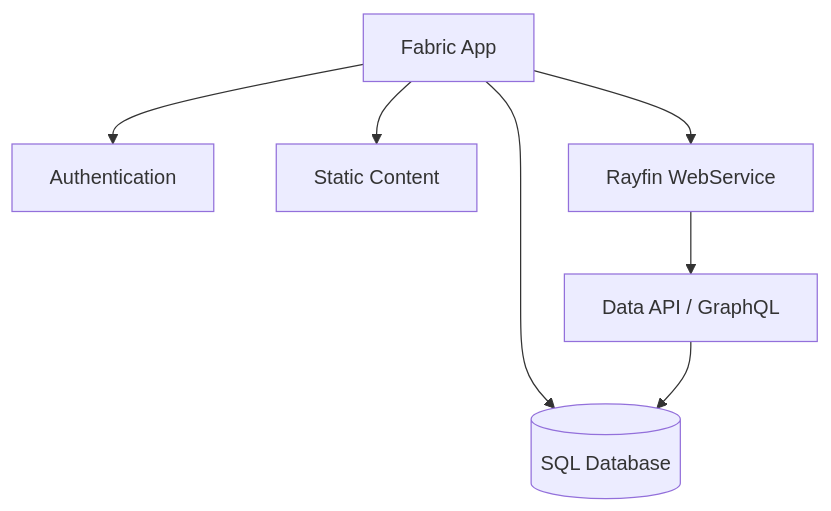
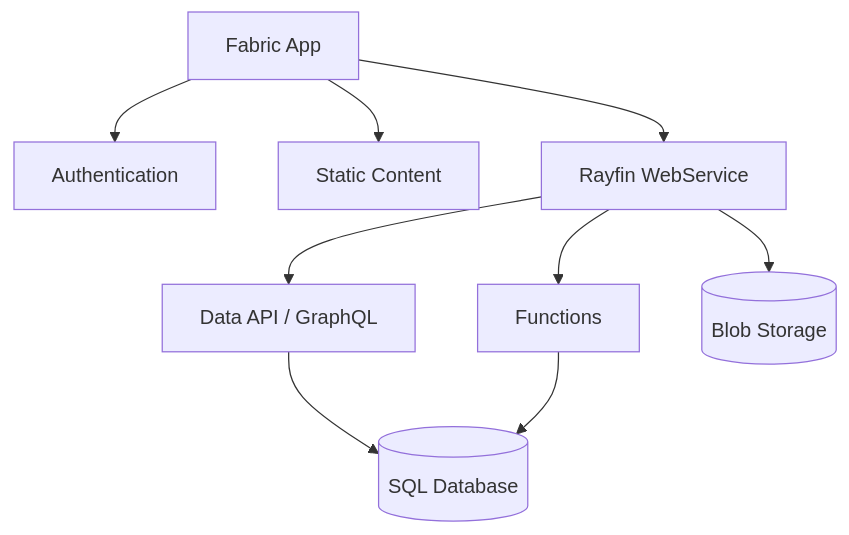
One commit to spatney/rayfin-docs changed the diagram in content/docs/deploy/fabric-apps.mdx. Above: the diagram before and after it, drawn with Mermaid. The commit also changed other lines of this file and 80 other files, not shown here.

````diff
--- a/content/docs/deploy/fabric-apps.mdx
+++ b/content/docs/deploy/fabric-apps.mdx
@@ -14,9 +14,11 @@
 ```mermaid
 flowchart TD
-  AppBackend[Fabric App] --> Database[(SQL Database)]
-  AppBackend --> Auth[Authentication]
+  AppBackend[Fabric App] --> Auth[Authentication]
   AppBackend --> StaticHosting[Static Content]
   AppBackend --> WebService[Rayfin WebService]
   WebService --> DataApi[Data API / GraphQL]
-  DataApi --> Database
+  WebService --> Functions[Functions]
+  WebService --> Storage[(Blob Storage)]
+  DataApi --> Database[(SQL Database)]
+  Functions --> Database
 ```
````
